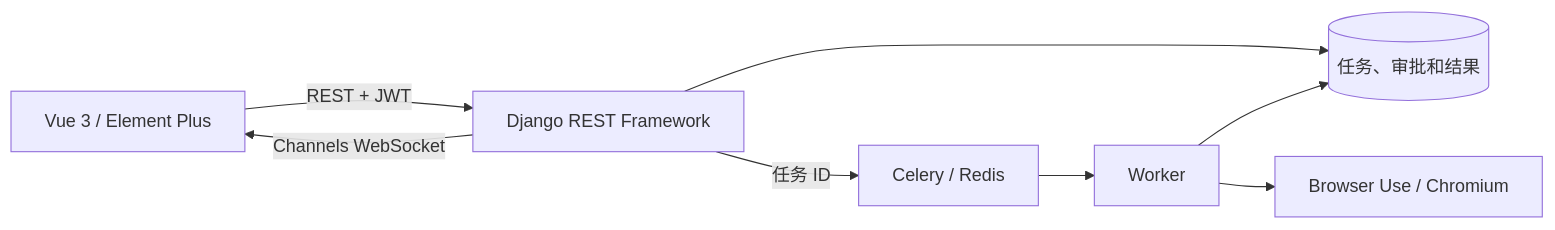
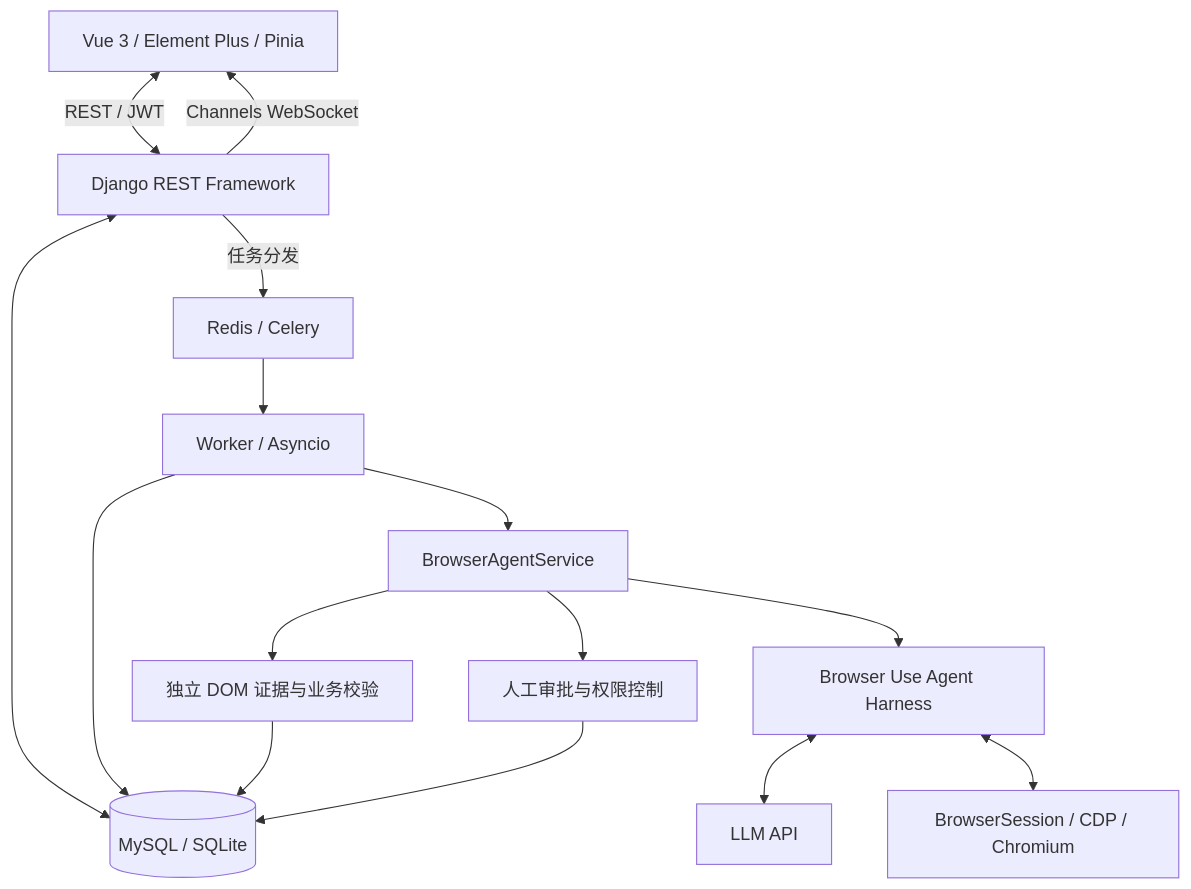
The fourth of 4 diagrams in README.md (Zhanghaorenen/browserflow-core-platform), drawn with Mermaid before and after one commit. The commit also changed other lines of this file, not shown here.

````diff
--- a/README.md
+++ b/README.md
@@ -37,10 +112,17 @@
 ```mermaid
-flowchart LR
-    UI["Vue 3 / Element Plus"] -->|REST + JWT| API["Django REST Framework"]
-    API --> SQL[("任务、审批和结果")]
-    API -->|任务 ID| Q["Celery / Redis"]
-    Q --> W["Worker"]
-    W --> SDK["Browser Use / Chromium"]
-    W --> SQL
+flowchart TB
+    UI[Vue 3 / Element Plus / Pinia] <-->|REST / JWT| API[Django REST Framework]
     API -->|Channels WebSocket| UI
+    API -->|任务分发| Q[Redis / Celery]
+    Q --> W[Worker / Asyncio]
+    API <--> DB[(MySQL / SQLite)]
+    W --> DB
+    W --> S[BrowserAgentService]
+    S --> H[Browser Use Agent Harness]
+    H <--> L[LLM API]
+    H <--> B[BrowserSession / CDP / Chromium]
+    S --> V[独立 DOM 证据与业务校验]
+    S --> P[人工审批与权限控制]
+    V --> DB
+    P --> DB
 ```
````
